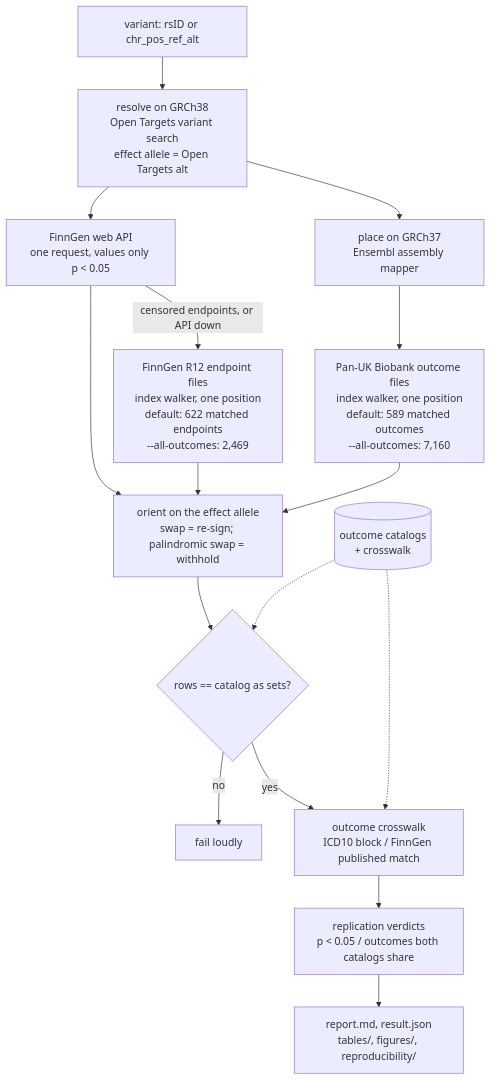
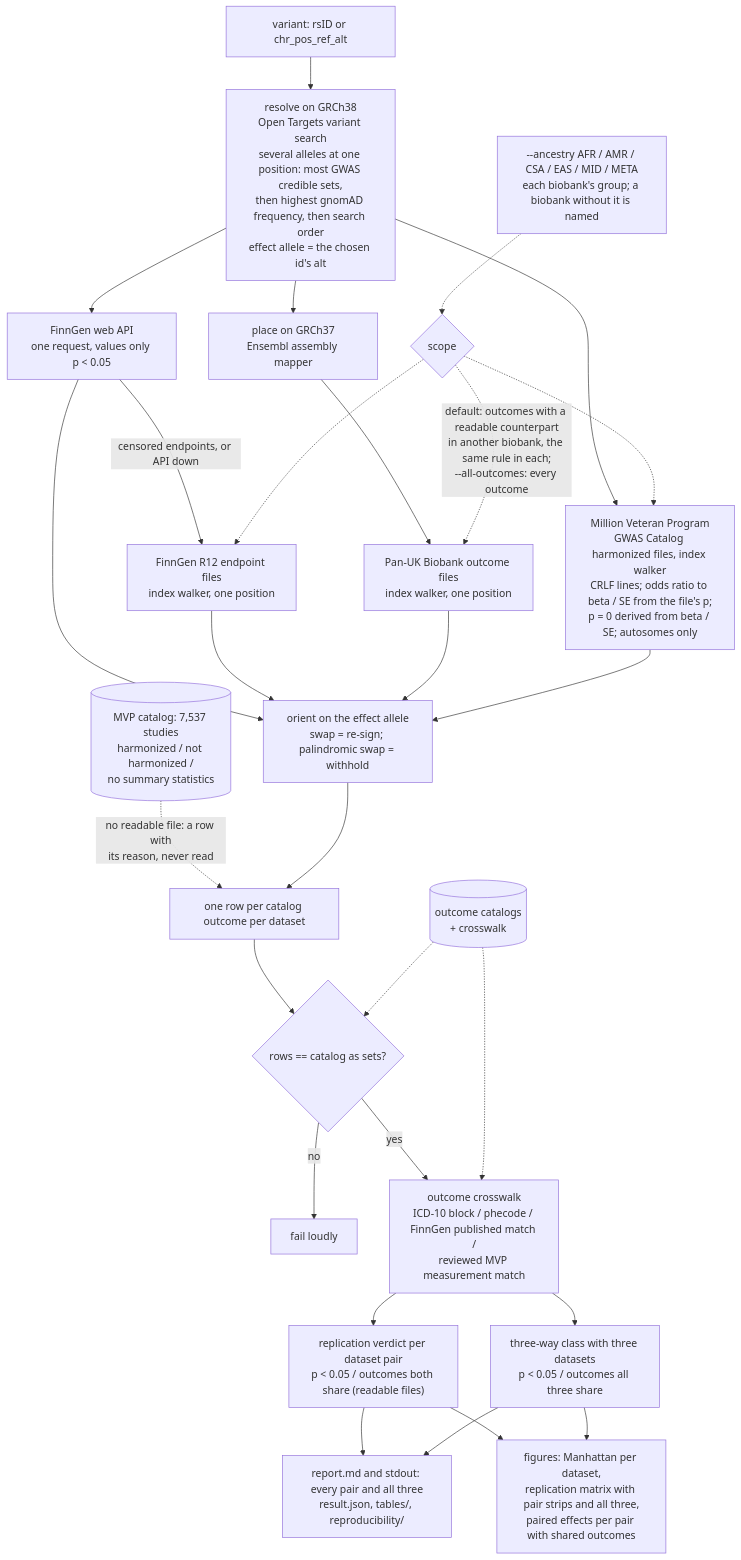
Before and after one commit to ClawBio/ClawBio: the diagram in skills/snp-phewas/diagram.mmd, drawn with Mermaid. The commit also changed 5 other files, not shown here.

First line of the commit message:
snp-phewas: SKILL.md, diagram, example output, catalog entry and data-handling row for three biobanks

```diff
--- a/skills/snp-phewas/diagram.mmd
+++ b/skills/snp-phewas/diagram.mmd
@@ -1,16 +1,28 @@
 flowchart TD
-    Q["variant: rsID or chr_pos_ref_alt"] --> R["resolve on GRCh38<br/>Open Targets variant search<br/>effect allele = Open Targets alt"]
+    Q["variant: rsID or chr_pos_ref_alt"] --> R["resolve on GRCh38<br/>Open Targets variant search<br/>several alleles at one position: most GWAS credible sets,<br/>then highest gnomAD frequency, then search order<br/>effect allele = the chosen id's alt"]
     R --> M["place on GRCh37<br/>Ensembl assembly mapper"]
     R --> FG_API["FinnGen web API<br/>one request, values only p &lt; 0.05"]
-    FG_API -->|censored endpoints, or API down| FG_TBX["FinnGen R12 endpoint files<br/>index walker, one position<br/>default: 622 matched endpoints<br/>--all-outcomes: 2,469"]
-    M --> PAN["Pan-UK Biobank outcome files<br/>index walker, one position<br/>default: 589 matched outcomes<br/>--all-outcomes: 7,160"]
+    FG_API -->|censored endpoints, or API down| FG_TBX["FinnGen R12 endpoint files<br/>index walker, one position"]
+    M --> PAN["Pan-UK Biobank outcome files<br/>index walker, one position"]
+    R --> MVP["Million Veteran Program<br/>GWAS Catalog harmonized files, index walker<br/>CRLF lines; odds ratio to beta / SE from the file's p;<br/>p = 0 derived from beta / SE; autosomes only"]
+    MVPCAT[("MVP catalog: 7,537 studies<br/>harmonized / not harmonized /<br/>no summary statistics")] -.->|no readable file: a row with<br/>its reason, never read| ROWS
+    ANC["--ancestry AFR / AMR / CSA / EAS / MID / META<br/>each biobank's group; a biobank without it is named"] -.-> SCOPE
+    SCOPE{"scope"} -.->|default: outcomes with a readable counterpart<br/>in another biobank, the same rule in each;<br/>--all-outcomes: every outcome| PAN
+    SCOPE -.-> FG_TBX
+    SCOPE -.-> MVP
     FG_API --> O
     FG_TBX --> O
     PAN --> O["orient on the effect allele<br/>swap = re-sign; palindromic swap = withhold"]
-    O --> P{"rows == catalog as sets?"}
+    MVP --> O
+    O --> ROWS["one row per catalog outcome per dataset"]
+    ROWS --> P{"rows == catalog as sets?"}
     P -->|no| X["fail loudly"]
-    P -->|yes| H["outcome crosswalk<br/>ICD10 block / FinnGen published match"]
-    H --> V["replication verdicts<br/>p &lt; 0.05 / outcomes both catalogs share"]
-    V --> OUT["report.md, result.json<br/>tables/, figures/, reproducibility/"]
+    P -->|yes| H["outcome crosswalk<br/>ICD-10 block / phecode / FinnGen published match /<br/>reviewed MVP measurement match"]
+    H --> V["replication verdict per dataset pair<br/>p &lt; 0.05 / outcomes both share (readable files)"]
+    H --> V3["three-way class with three datasets<br/>p &lt; 0.05 / outcomes all three share"]
+    V --> OUT["report.md and stdout: every pair and all three<br/>result.json, tables/, reproducibility/"]
+    V3 --> OUT
+    V --> FIG["figures: Manhattan per dataset,<br/>replication matrix with pair strips and all three,<br/>paired effects per pair with shared outcomes"]
+    V3 --> FIG
     CAT[("outcome catalogs<br/>+ crosswalk")] -.-> P
     CAT -.-> H
```
